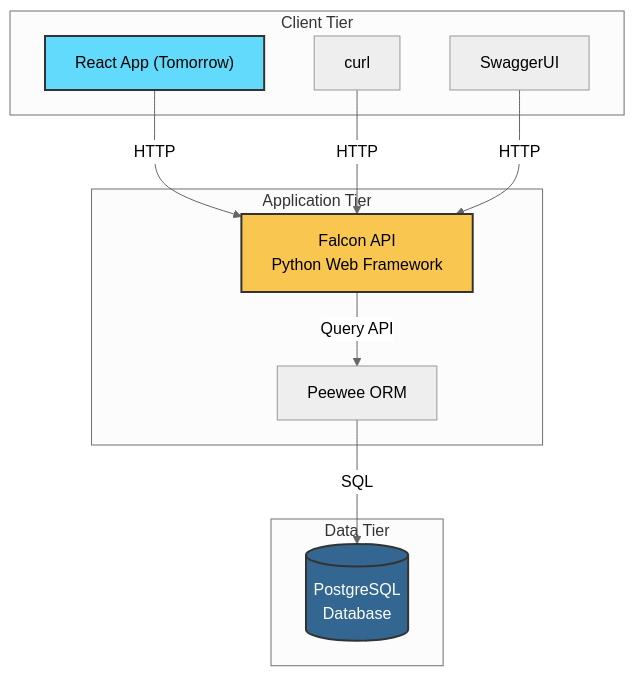
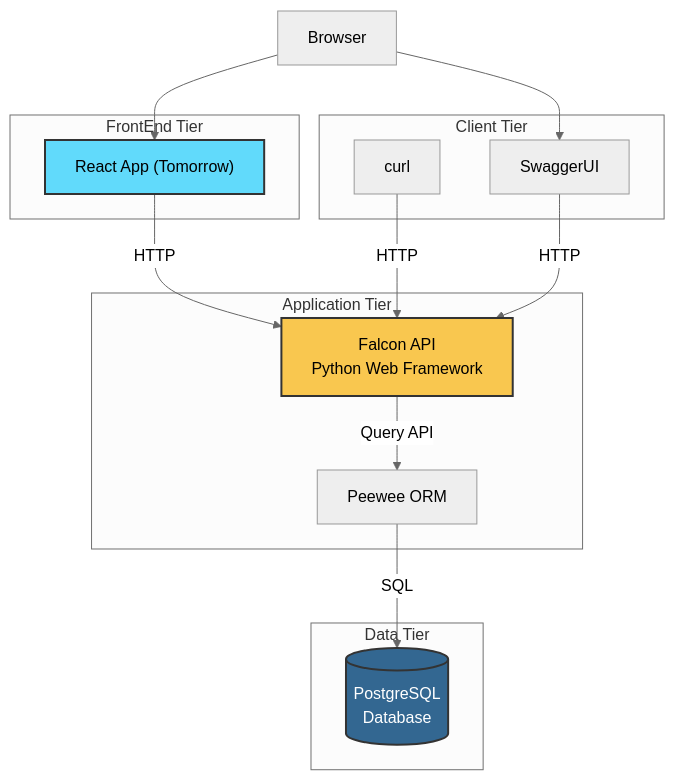
One commit to thoag-godaddy/BootCampCart-API changed the diagram in README.md. Above: the diagram before and after it, drawn with Mermaid (neutral theme).

Commit message:
diagram change

````diff
--- a/README.md
+++ b/README.md
@@ -16,28 +16,35 @@
 ```mermaid
 graph TB
+    Browser
+
     subgraph "Client Tier"
-        React["React App (Tomorrow)"]
         Curl[curl]
         Swagger[SwaggerUI]
+    end
+
+    subgraph "FrontEnd Tier"
+        React["React App (Tomorrow)"]
     end
 
     subgraph "Application Tier"
         Falcon[Falcon API<br/>Python Web Framework]
         Peewee[Peewee ORM]
     end
 
     subgraph "Data Tier"
         DB[(PostgreSQL<br/>Database)]
     end
 
+    Browser --> React
+    Browser --> Swagger
     React -->|HTTP| Falcon
     Curl -->|HTTP| Falcon
     Swagger -->|HTTP| Falcon
 
     Falcon -->|Query API| Peewee
     Peewee -->|SQL| DB
 
     style React fill:#61dafb,stroke:#333,stroke-width:2px
     style Falcon fill:#f9c74f,stroke:#333,stroke-width:2px
     style DB fill:#336791,stroke:#333,stroke-width:2px,color:#fff
 ```
````
